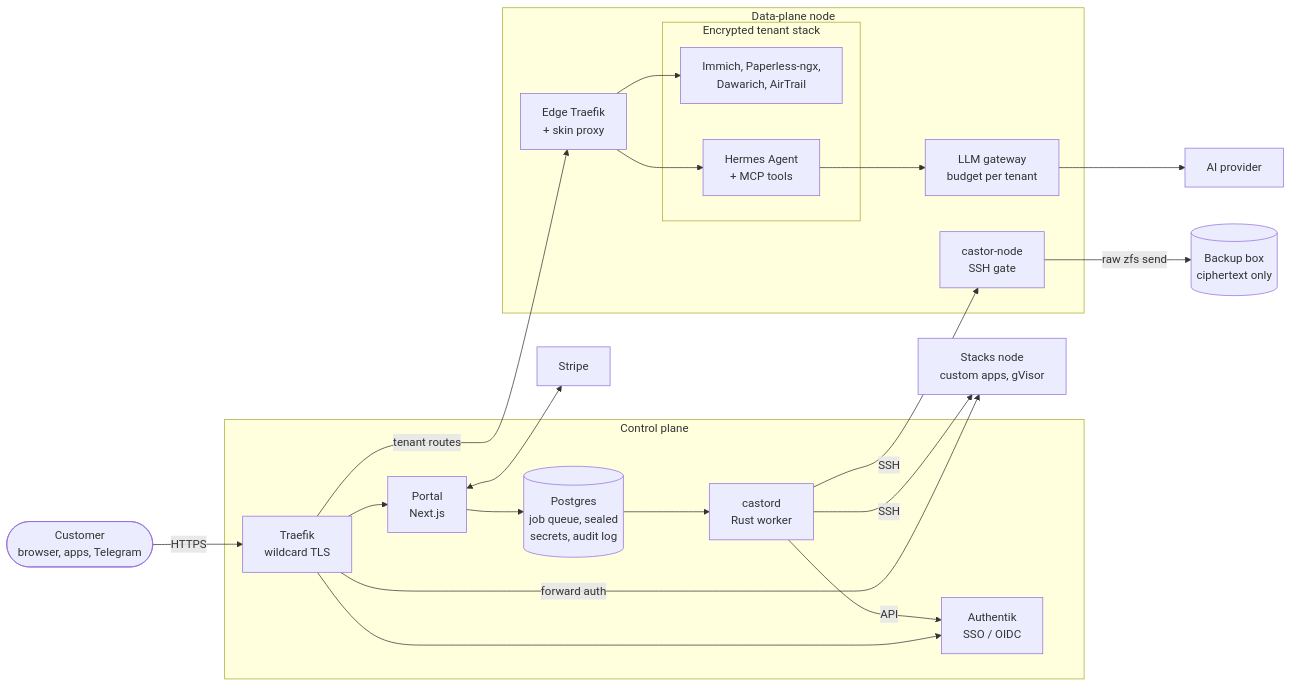
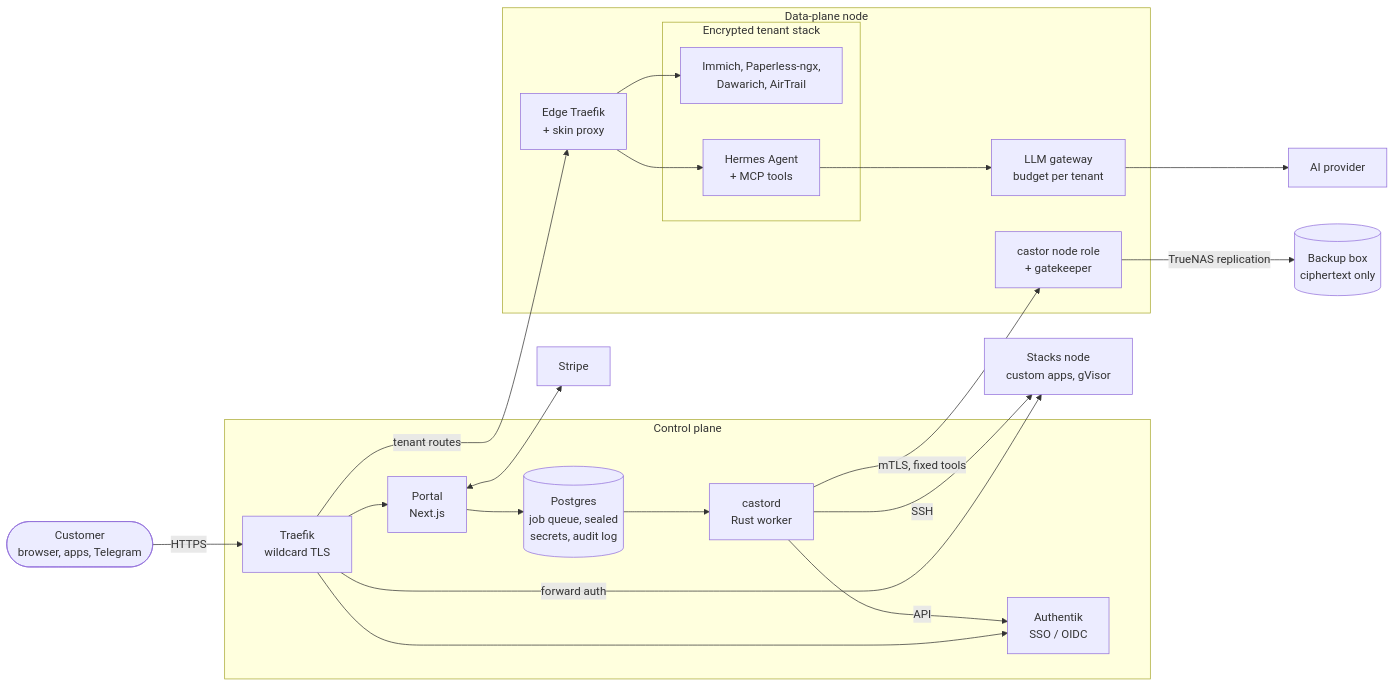
One commit to davidsteg/castorcloud changed the first of 2 diagrams in README.md. Above: the diagram before and after it, drawn with Mermaid. The commit also changed other lines of this file and 14 other files, not shown here.

First line of the commit message:
Docs: TrueNAS nodes through gatekeeper; node role binary is castor-node-role, v0.4.1 (#68)

````diff
--- a/README.md
+++ b/README.md
@@ -51,43 +51,43 @@
 ```mermaid
 flowchart LR
     user(["Customer<br/>browser, apps, Telegram"])
 
     subgraph CP["Control plane"]
         traefik["Traefik<br/>wildcard TLS"]
         portal["Portal<br/>Next.js"]
         authentik["Authentik<br/>SSO / OIDC"]
         pg[("Postgres<br/>job queue, sealed<br/>secrets, audit log")]
         castord["castord<br/>Rust worker"]
     end
 
     subgraph NODE["Data-plane node"]
-        gate["castor-node<br/>SSH gate"]
+        gate["castor node role<br/>+ gatekeeper"]
         edge["Edge Traefik<br/>+ skin proxy"]
         subgraph STACK["Encrypted tenant stack"]
             apps["Immich, Paperless-ngx,<br/>Dawarich, AirTrail"]
             hermes["Hermes Agent<br/>+ MCP tools"]
         end
         llm["LLM gateway<br/>budget per tenant"]
     end
 
     stacksnode["Stacks node<br/>custom apps, gVisor"]
     backup[("Backup box<br/>ciphertext only")]
     stripe["Stripe"]
     ai["AI provider"]
 
     user -->|HTTPS| traefik
     traefik --> portal
     traefik --> authentik
     portal --> pg
     portal <--> stripe
     pg --> castord
     castord -->|API| authentik
     traefik -->|tenant routes| edge
     traefik -->|forward auth| stacksnode
-    castord -->|SSH| gate
+    castord -->|mTLS, fixed tools| gate
     castord -->|SSH| stacksnode
     edge --> apps
     edge --> hermes
     hermes --> llm --> ai
-    gate -->|raw zfs send| backup
+    gate -->|TrueNAS replication| backup
 ```
````
